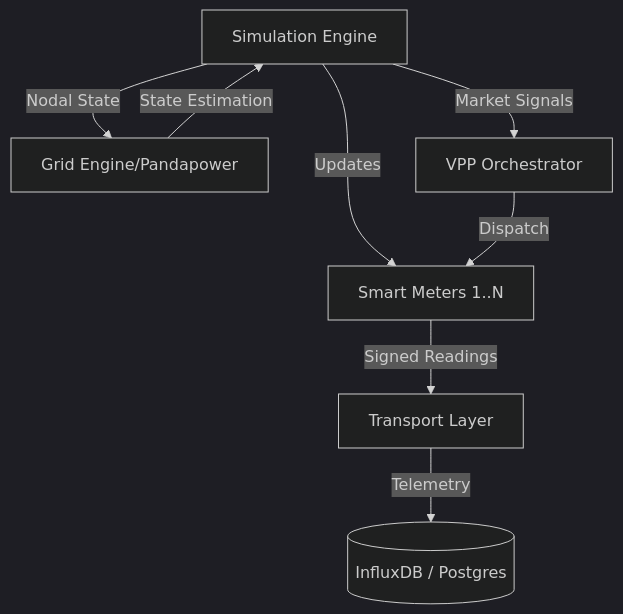
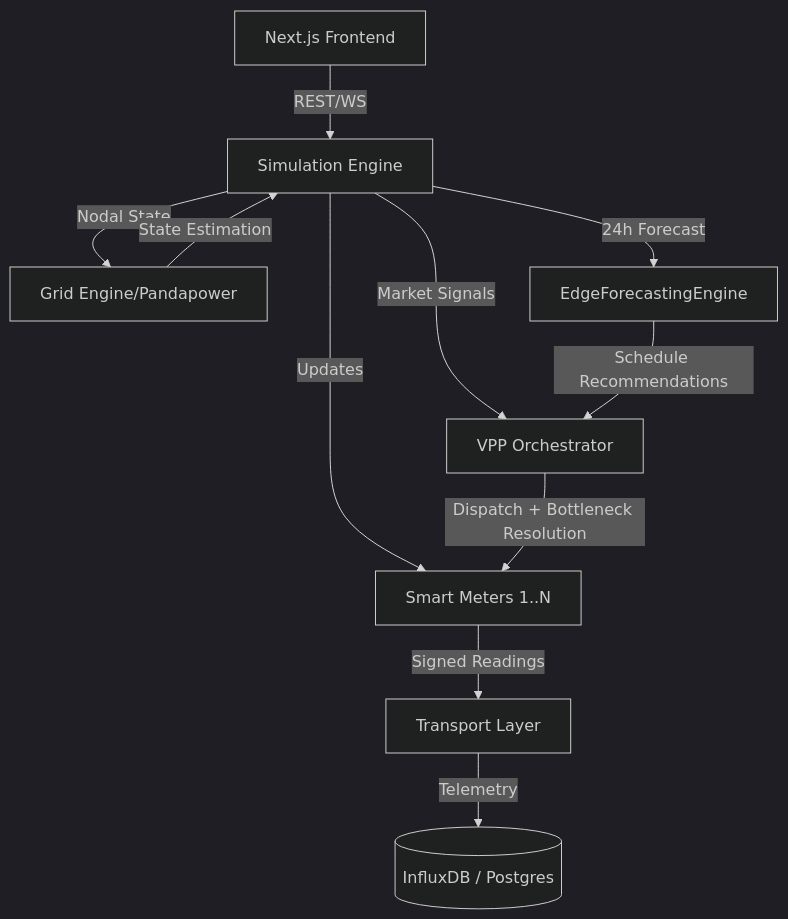
The diagram in docs/architecture/overview.md (NakaSato/gridtokenx-smartmeter-simulator), drawn with Mermaid (dark theme) before and after one commit. The commit also changed other lines of this file and 52 other files, not shown here.

````diff
--- a/docs/architecture/overview.md
+++ b/docs/architecture/overview.md
@@ -20,10 +21,13 @@
 ```mermaid
 graph TD
     SE[Simulation Engine] --> |Updates| SM[Smart Meters 1..N]
     SM --> |Signed Readings| TL[Transport Layer]
     SE --> |Nodal State| GE[Grid Engine/Pandapower]
     GE --> |State Estimation| SE
     SE --> |Market Signals| VO[VPP Orchestrator]
-    VO --> |Dispatch| SM
+    VO --> |Dispatch + Bottleneck Resolution| SM
+    SE --> |24h Forecast| EF[EdgeForecastingEngine]
+    EF --> |Schedule Recommendations| VO
     TL --> |Telemetry| DB[(InfluxDB / Postgres)]
+    FE[Next.js Frontend] --> |REST/WS| SE
 ```
````
